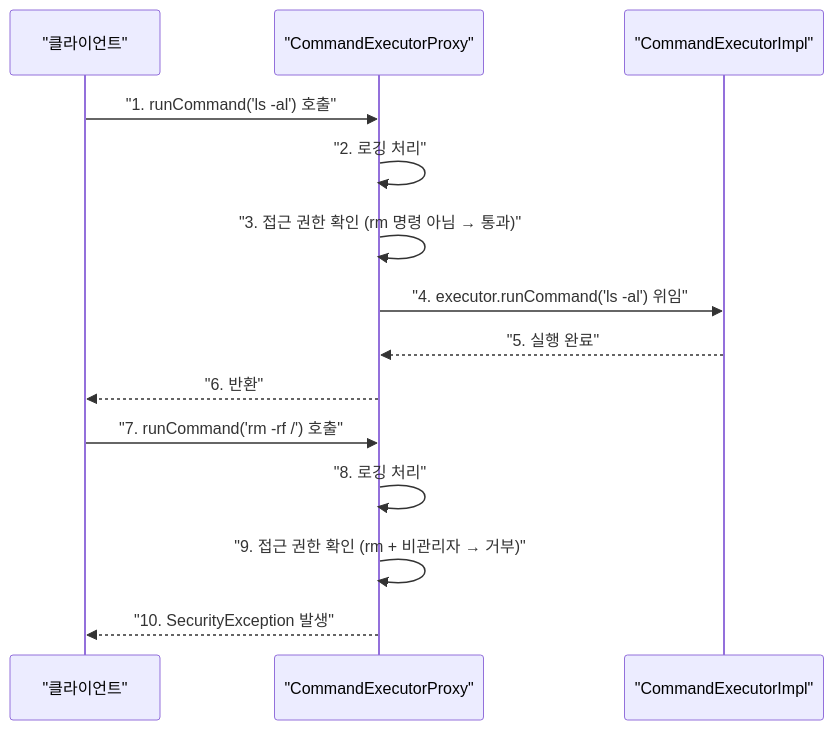
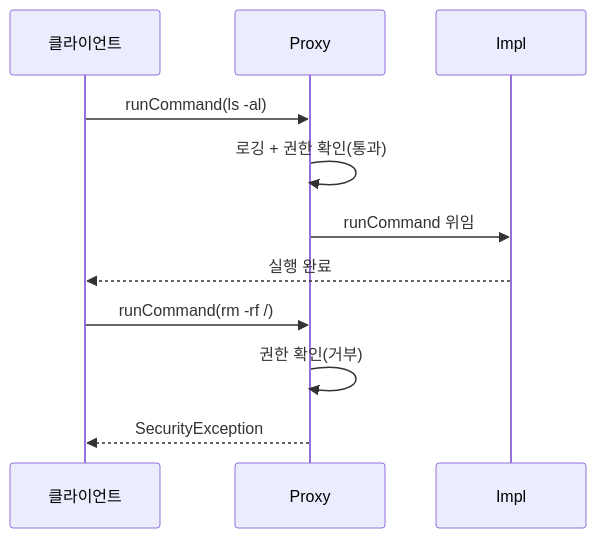
One commit to yjkim2015/yjkim2015.github.io changed the second of 2 diagrams in _posts/designPattern/2022-01-25-ProxyPattern.md. Above: the diagram before and after it, drawn with Mermaid. The commit also changed other lines of this file and 215 other files, not shown here.

First line of the commit message:
신규 포스트 10개 추가 + Mermaid 전면 축소 + SystemDesign 시리즈 보강

````diff
--- a/_posts/designPattern/2022-01-25-ProxyPattern.md
+++ b/_posts/designPattern/2022-01-25-ProxyPattern.md
@@ -267,18 +257,13 @@
 ```mermaid
 sequenceDiagram
-    participant C as "클라이언트"
-    participant P as "CommandExecutorProxy"
-    participant R as "CommandExecutorImpl"
-
-    C->>P: "1. runCommand('ls -al') 호출"
-    P->>P: "2. 로깅 처리"
-    P->>P: "3. 접근 권한 확인 (rm 명령 아님 → 통과)"
-    P->>R: "4. executor.runCommand('ls -al') 위임"
-    R-->>P: "5. 실행 완료"
-    P-->>C: "6. 반환"
-
-    C->>P: "7. runCommand('rm -rf /') 호출"
-    P->>P: "8. 로깅 처리"
-    P->>P: "9. 접근 권한 확인 (rm + 비관리자 → 거부)"
-    P-->>C: "10. SecurityException 발생"
+    participant C as 클라이언트
+    participant P as Proxy
+    participant R as Impl
+    C->>P: runCommand(ls -al)
+    P->>P: 로깅 + 권한 확인(통과)
+    P->>R: runCommand 위임
+    R-->>C: 실행 완료
+    C->>P: runCommand(rm -rf /)
+    P->>P: 권한 확인(거부)
+    P-->>C: SecurityException
 ```
````
